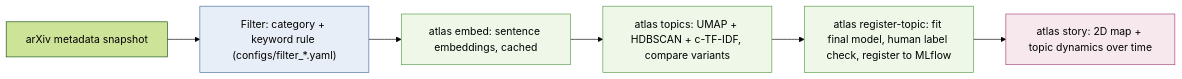
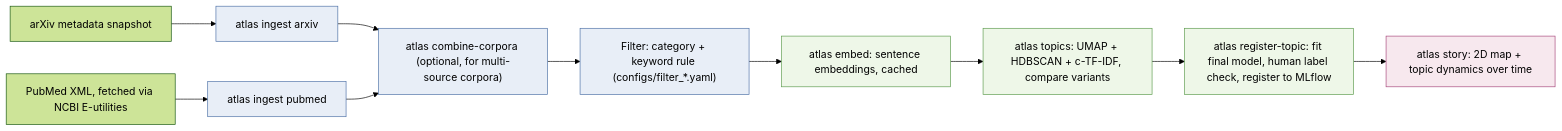
One commit to danielasicaru/imaging-ai-atlas changed the diagram in README.md. Above: the diagram before and after it, drawn with Mermaid (forest theme). The commit also changed other lines of this file and 3 other files, not shown here.

First line of the commit message:
Document the PubMed/cervical-spine extension: ADR, README, DVC, lockfile sync

````diff
--- a/README.md
+++ b/README.md
@@ -13,13 +13,18 @@
 ```mermaid
 flowchart LR
     classDef data fill:#e8eef7,stroke:#4a6fa5
     classDef model fill:#eef7e8,stroke:#5a9a4a
     classDef story fill:#f7e8ee,stroke:#a5457a
 
-    src[arXiv metadata snapshot]
-    src --> filt["Filter: category + keyword rule (configs/filter_*.yaml)"]:::data
+    arxiv[arXiv metadata snapshot]
+    pubmed[PubMed XML, fetched via NCBI E-utilities]
+    arxiv --> ing1["atlas ingest arxiv"]:::data
+    pubmed --> ing2["atlas ingest pubmed"]:::data
+    ing1 --> comb["atlas combine-corpora (optional, for multi-source corpora)"]:::data
+    ing2 --> comb
+    comb --> filt["Filter: category + keyword rule (configs/filter_*.yaml)"]:::data
     filt --> emb["atlas embed: sentence embeddings, cached"]:::model
     emb --> top["atlas topics: UMAP + HDBSCAN + c-TF-IDF, compare variants"]:::model
     top --> reg["atlas register-topic: fit final model, human label check, register to MLflow"]:::model
     reg --> sty["atlas story: 2D map + topic dynamics over time"]:::story
 ```
````
